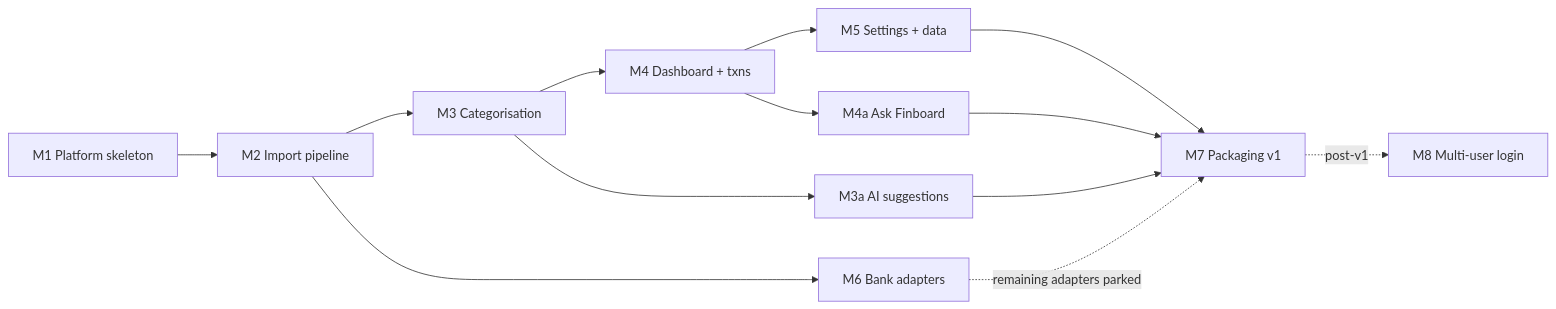
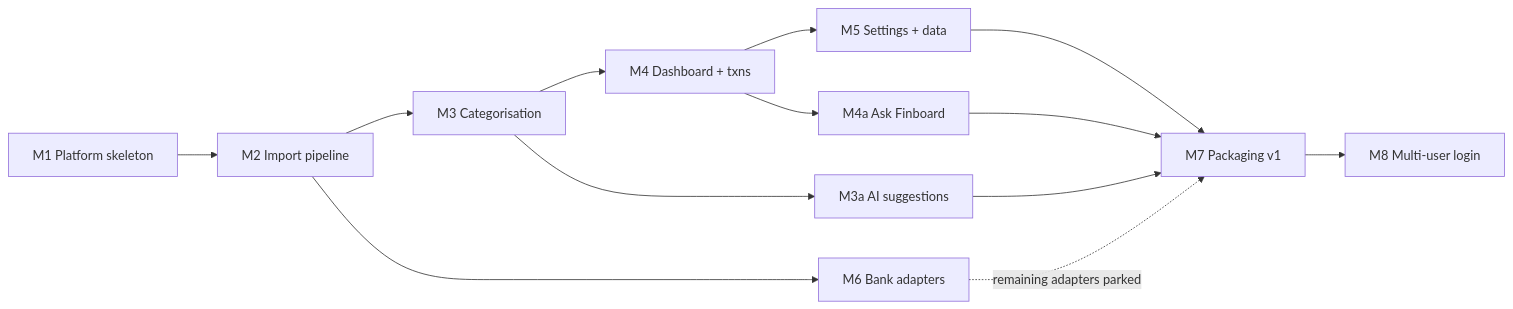
The diagram in docs/ROADMAP.md (kapilsharma/finboard), drawn with Mermaid before and after one commit. The commit also changed other lines of this file and 10 other files, not shown here.

Commit message:
docs(#21): M8 done; ADR-0041, hosting guide, roadmap, build notes

````diff
--- a/docs/ROADMAP.md
+++ b/docs/ROADMAP.md
@@ -14,9 +14,9 @@
 ```mermaid
 flowchart LR
   M1[M1 Platform skeleton] --> M2[M2 Import pipeline] --> M3[M3 Categorisation] --> M4[M4 Dashboard + txns] --> M5[M5 Settings + data] --> M7[M7 Packaging v1]
   M2 --> M6[M6 Bank adapters]
   M6 -.remaining adapters parked.-> M7
   M3 --> M3a[M3a AI suggestions] --> M7
   M4 --> M4a[M4a Ask Finboard] --> M7
-  M7 -.post-v1.-> M8[M8 Multi-user login]
+  M7 --> M8[M8 Multi-user login]
 ```
````
